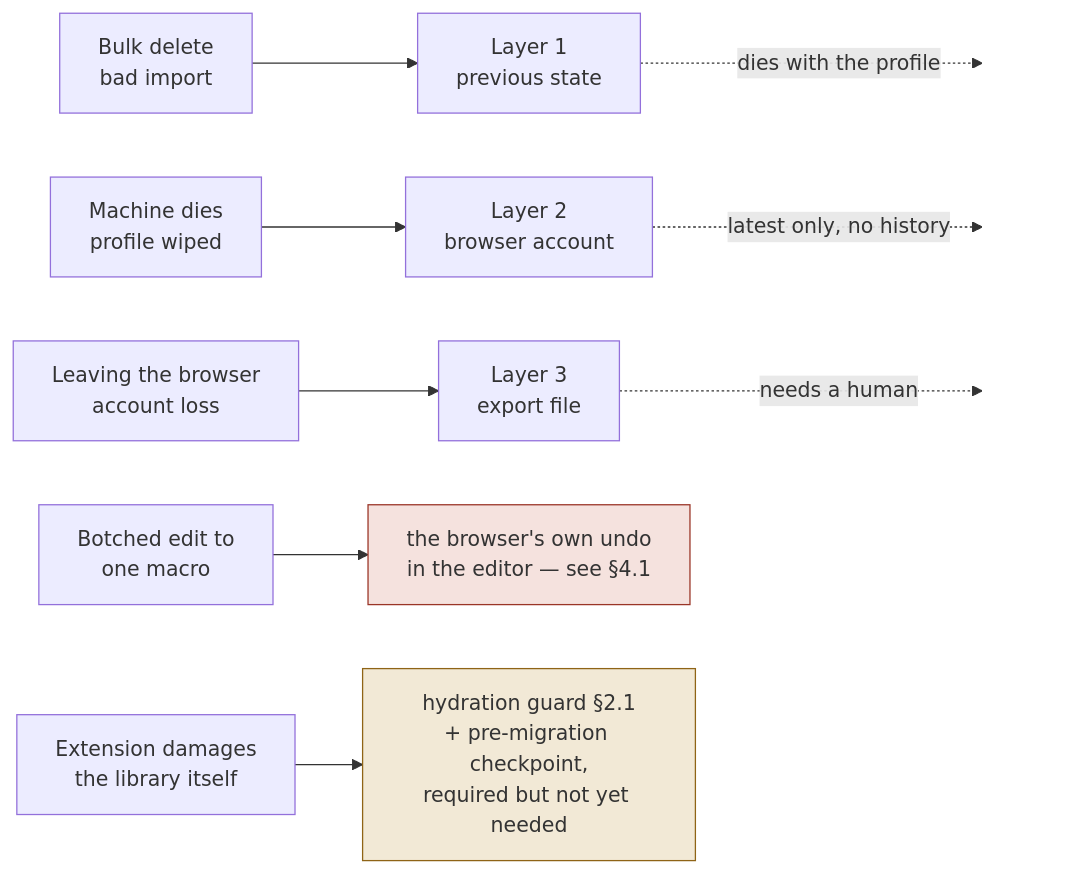
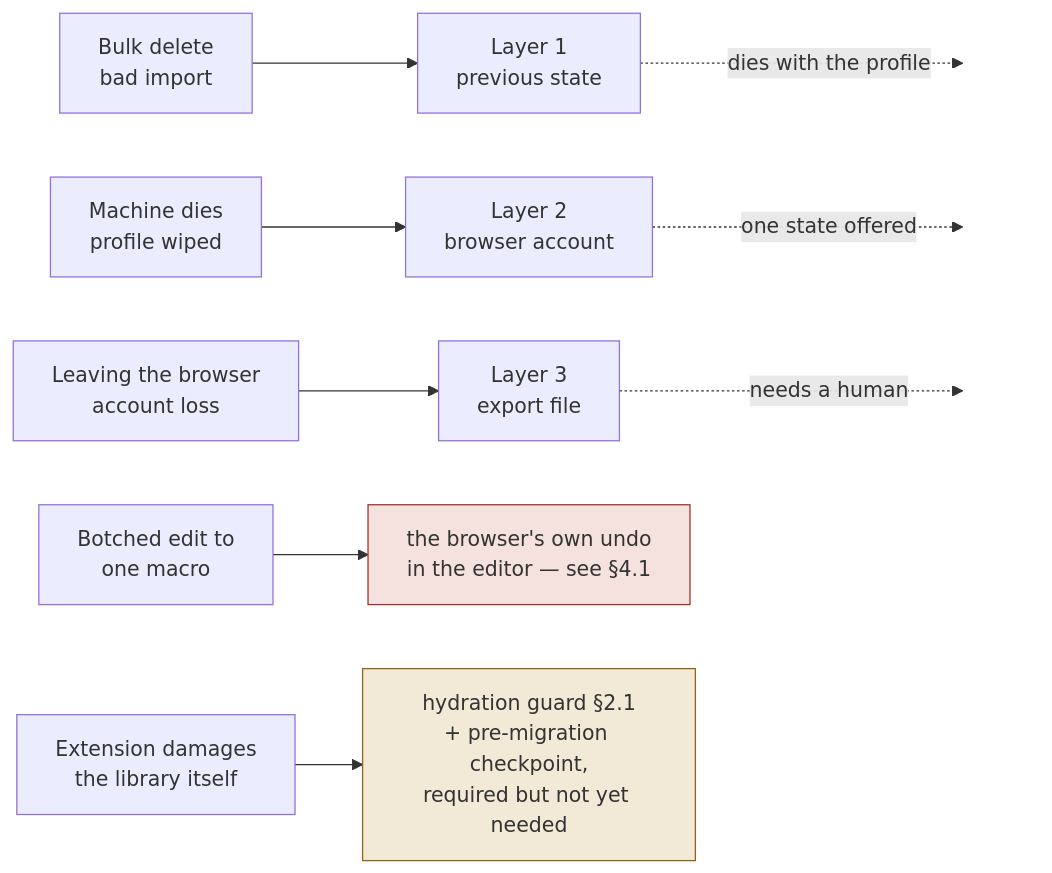
One commit to Jorge-Gonzalez/monky changed the sixth of 6 diagrams in docs/storage-design.md. Above: the diagram before and after it, drawn with Mermaid. The commit also changed other lines of this file and 1 other file, not shown here.

````diff
--- a/docs/storage-design.md
+++ b/docs/storage-design.md
@@ -611,18 +640,18 @@
 ```mermaid
 flowchart LR
     F1["Bulk delete<br/>bad import"] --> L1["Layer 1<br/>previous state"]
     F2["Machine dies<br/>profile wiped"] --> L2["Layer 2<br/>browser account"]
     F3["Leaving the browser<br/>account loss"] --> L3["Layer 3<br/>export file"]
     F4["Botched edit to<br/>one macro"] --> NONE["the browser's own undo<br/>in the editor — see §4.1"]
     F5["Extension damages<br/>the library itself"] --> L4["hydration guard §2.1<br/>+ pre-migration checkpoint,<br/>required but not yet needed"]
 
     L1 -.->|"dies with the profile"| X1[" "]
-    L2 -.->|"latest only, no history"| X2[" "]
+    L2 -.->|"one state offered"| X2[" "]
     L3 -.->|"needs a human"| X3[" "]
 
     style NONE fill:#f5e2de,stroke:#9a3527,color:#333
     style L4 fill:#f2e9d6,stroke:#8f6416,color:#333
     style X1 fill:none,stroke:none
     style X2 fill:none,stroke:none
     style X3 fill:none,stroke:none
 ```
````
